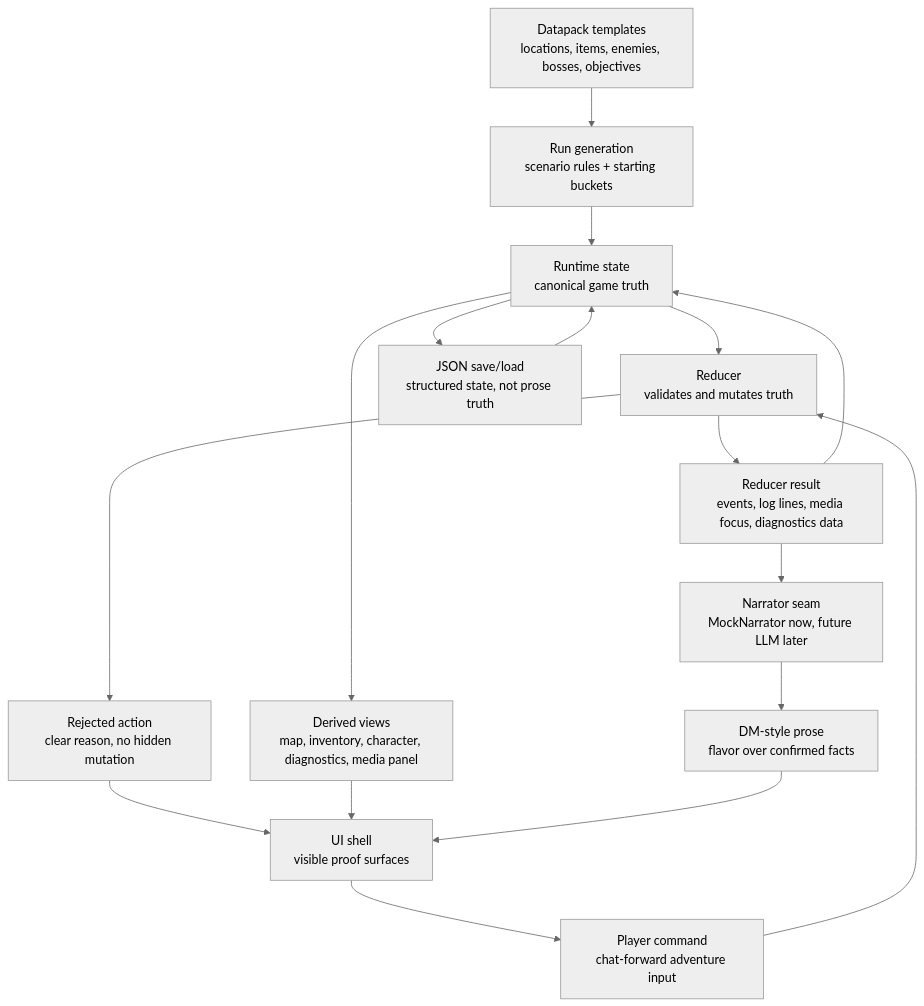
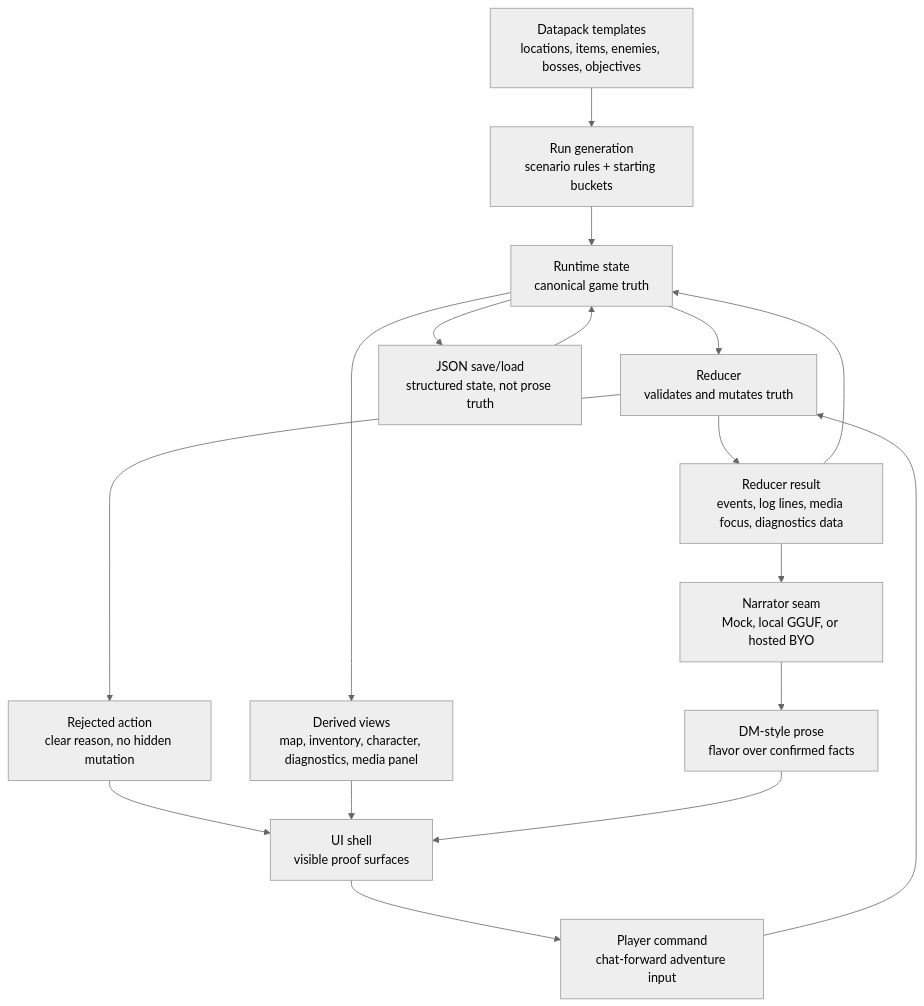
Before and after one commit to instance001/chatty-quest: the diagram in README.md, drawn with Mermaid (neutral theme). The commit also changed other lines of this file and 73 other files, not shown here.

````diff
--- a/README.md
+++ b/README.md
@@ -51,23 +133,23 @@
 ```mermaid
 flowchart TB
     datapack["Datapack templates<br/>locations, items, enemies, bosses, objectives"] --> runGen["Run generation<br/>scenario rules + starting buckets"]
     runGen --> state["Runtime state<br/>canonical game truth"]
 
     player["Player command<br/>chat-forward adventure input"] --> reducer["Reducer<br/>validates and mutates truth"]
     state --> reducer
     reducer --> rejected["Rejected action<br/>clear reason, no hidden mutation"]
     rejected --> ui["UI shell<br/>visible proof surfaces"]
 
     reducer --> result["Reducer result<br/>events, log lines, media focus, diagnostics data"]
     result --> state
-    result --> narrator["Narrator seam<br/>MockNarrator now, future LLM later"]
+    result --> narrator["Narrator seam<br/>Mock, local GGUF, or hosted BYO"]
     narrator --> prose["DM-style prose<br/>flavor over confirmed facts"]
 
     state --> derived["Derived views<br/>map, inventory, character, diagnostics, media panel"]
     derived --> ui
     prose --> ui
     ui --> player
 
     state --> save["JSON save/load<br/>structured state, not prose truth"]
     save --> state
 ```
````
